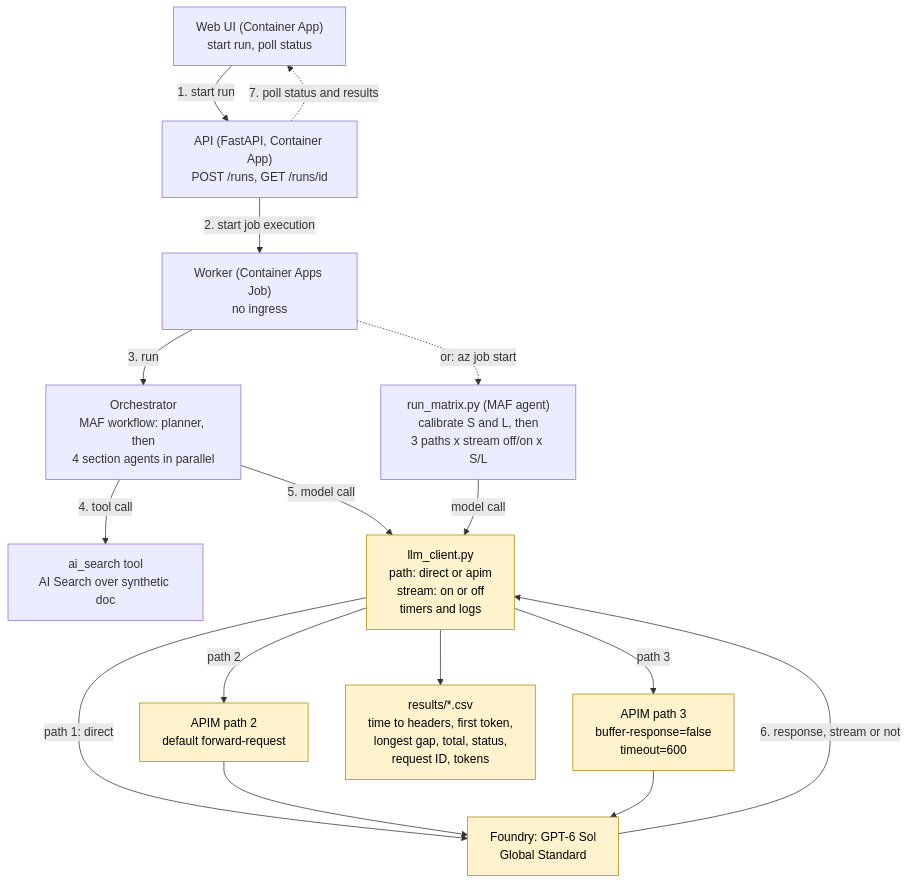
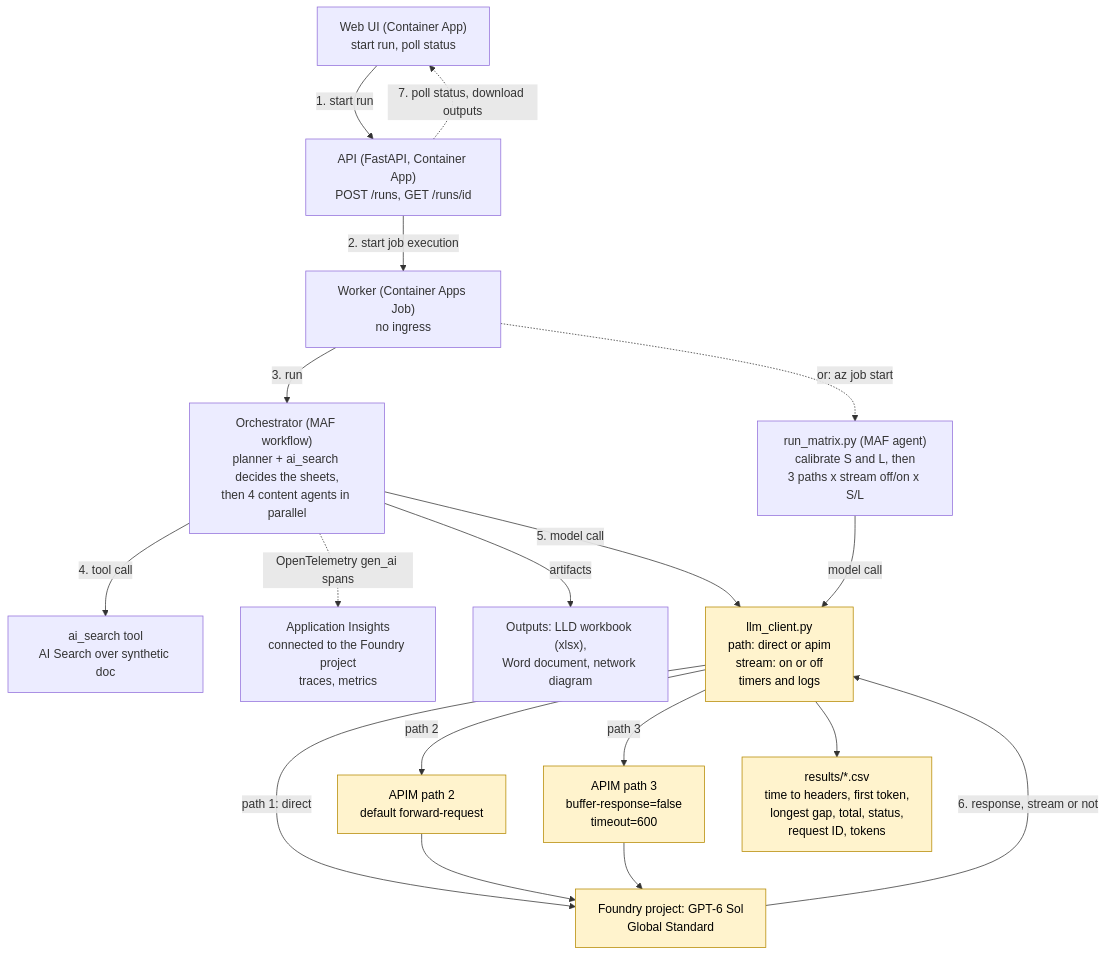
The diagram in README.md (hamza-roujdami/llm-long-call-lab), drawn with Mermaid before and after one commit. The commit also changed other lines of this file and 24 other files, not shown here.

First line of the commit message:
app: customer-shaped flow (planner with ai_search derives sheets, content agents, xlsx/docx/diagram outputs); fix completion detection, add pacing and retries

````diff
--- a/README.md
+++ b/README.md
@@ -33,33 +33,37 @@
 ```mermaid
 flowchart TD
     UI["Web UI (Container App)<br/>start run, poll status"]
     API["API (FastAPI, Container App)<br/>POST /runs, GET /runs/id"]
     JOB["Worker (Container Apps Job)<br/>no ingress"]
-    ORCH["Orchestrator<br/>MAF workflow: planner, then<br/>4 section agents in parallel"]
+    ORCH["Orchestrator (MAF workflow)<br/>planner + ai_search decides the sheets,<br/>then 4 content agents in parallel"]
     MX["run_matrix.py (MAF agent)<br/>calibrate S and L, then<br/>3 paths x stream off/on x S/L"]
     TOOL["ai_search tool<br/>AI Search over synthetic doc"]
     LLM["llm_client.py<br/>path: direct or apim<br/>stream: on or off<br/>timers and logs"]
     APIM2["APIM path 2<br/>default forward-request"]
     APIM3["APIM path 3<br/>buffer-response=false<br/>timeout=600"]
-    MODEL["Foundry: GPT-6 Sol<br/>Global Standard"]
+    MODEL["Foundry project: GPT-6 Sol<br/>Global Standard"]
+    TRACE["Application Insights<br/>connected to the Foundry project<br/>traces, metrics"]
+    OUT["Outputs: LLD workbook (xlsx),<br/>Word document, network diagram"]
     RES["results/*.csv<br/>time to headers, first token,<br/>longest gap, total, status,<br/>request ID, tokens"]
 
     UI -->|1. start run| API
     API -->|2. start job execution| JOB
     JOB -->|3. run| ORCH
     JOB -.->|or: az job start| MX
     ORCH -->|4. tool call| TOOL
+    ORCH -.->|OpenTelemetry gen_ai spans| TRACE
+    ORCH -->|artifacts| OUT
     ORCH -->|5. model call| LLM
     MX -->|model call| LLM
     LLM -->|path 1: direct| MODEL
     LLM -->|path 2| APIM2
     LLM -->|path 3| APIM3
     APIM2 --> MODEL
     APIM3 --> MODEL
     MODEL -->|6. response, stream or not| LLM
     LLM --> RES
-    API -.->|7. poll status and results| UI
+    API -.->|7. poll status, download outputs| UI
 
     classDef test fill:#fff3cd,stroke:#b58900,color:#000
     class LLM,APIM2,APIM3,MODEL,RES test
 ```
````
